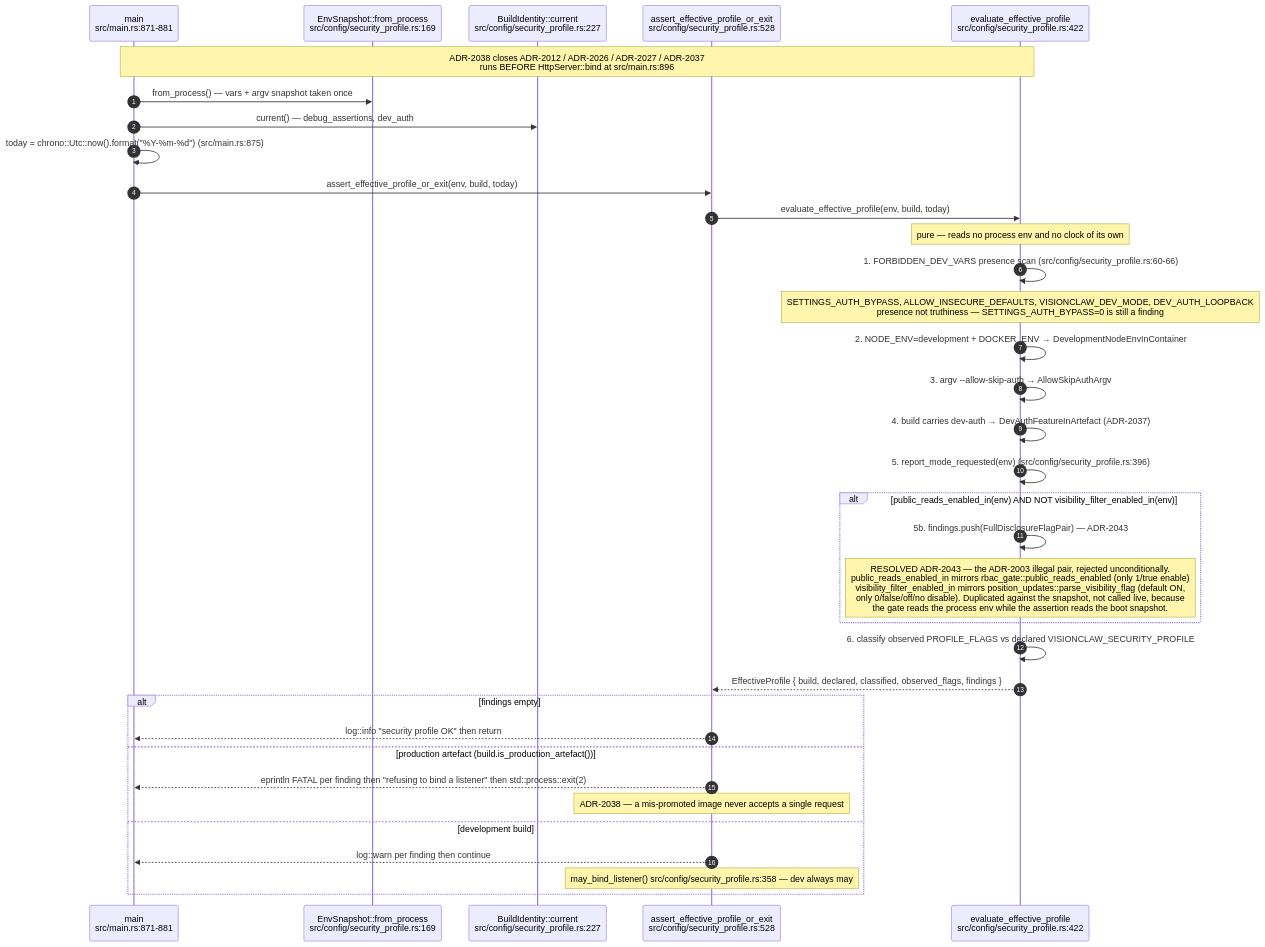
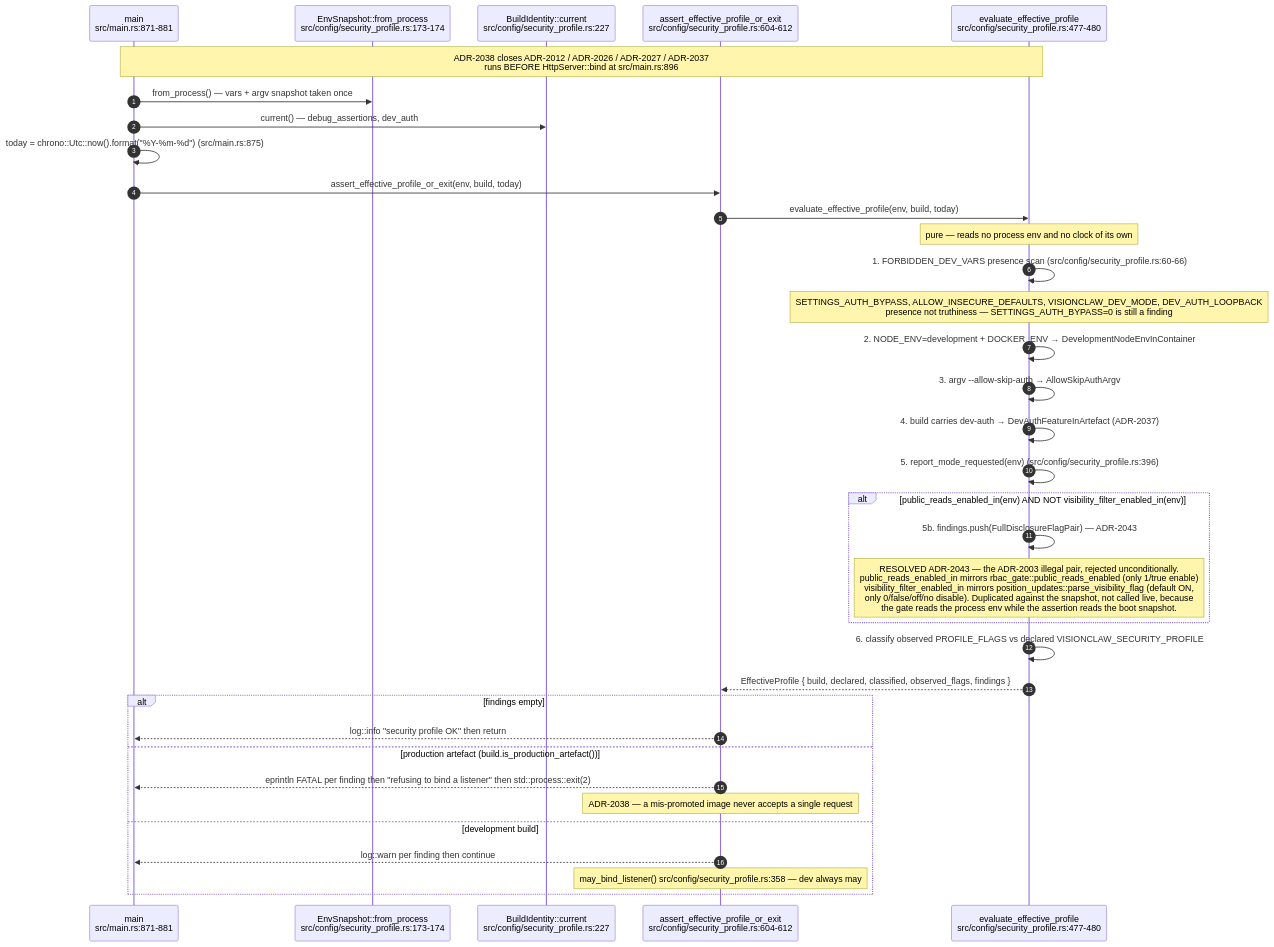
One commit to DreamLab-AI/AR-AI-Knowledge-Graph changed the fourth of 15 diagrams in docs/diagrams/visionclaw/09-config-and-env-flags.md. Above: the diagram before and after it, drawn with Mermaid. The commit also changed other lines of this file and 36 other files, not shown here.

````diff
--- a/docs/diagrams/visionclaw/09-config-and-env-flags.md
+++ b/docs/diagrams/visionclaw/09-config-and-env-flags.md
@@ -182,38 +182,38 @@
 ```mermaid
 sequenceDiagram
     autonumber
     participant M as main<br/>src/main.rs:871-881
-    participant E as EnvSnapshot::from_process<br/>src/config/security_profile.rs:169
+    participant E as EnvSnapshot::from_process<br/>src/config/security_profile.rs:173-174
     participant BI as BuildIdentity::current<br/>src/config/security_profile.rs:227
-    participant A as assert_effective_profile_or_exit<br/>src/config/security_profile.rs:528
-    participant V as evaluate_effective_profile<br/>src/config/security_profile.rs:422
+    participant A as assert_effective_profile_or_exit<br/>src/config/security_profile.rs:604-612
+    participant V as evaluate_effective_profile<br/>src/config/security_profile.rs:477-480
 
     Note over M,V: ADR-2038 closes ADR-2012 / ADR-2026 / ADR-2027 / ADR-2037<br/>runs BEFORE HttpServer::bind at src/main.rs:896
     M->>E: from_process() — vars + argv snapshot taken once
     M->>BI: current() — debug_assertions, dev_auth
     M->>M: today = chrono::Utc::now().format("%Y-%m-%d") (src/main.rs:875)
     M->>A: assert_effective_profile_or_exit(env, build, today)
     A->>V: evaluate_effective_profile(env, build, today)
     Note over V: pure — reads no process env and no clock of its own
     V->>V: 1. FORBIDDEN_DEV_VARS presence scan (src/config/security_profile.rs:60-66)
     Note over V: SETTINGS_AUTH_BYPASS, ALLOW_INSECURE_DEFAULTS, VISIONCLAW_DEV_MODE, DEV_AUTH_LOOPBACK<br/>presence not truthiness — SETTINGS_AUTH_BYPASS=0 is still a finding
     V->>V: 2. NODE_ENV=development + DOCKER_ENV → DevelopmentNodeEnvInContainer
     V->>V: 3. argv --allow-skip-auth → AllowSkipAuthArgv
     V->>V: 4. build carries dev-auth → DevAuthFeatureInArtefact (ADR-2037)
     V->>V: 5. report_mode_requested(env) (src/config/security_profile.rs:396)
     alt public_reads_enabled_in(env) AND NOT visibility_filter_enabled_in(env)
         V->>V: 5b. findings.push(FullDisclosureFlagPair) — ADR-2043
         Note over V: RESOLVED ADR-2043 — the ADR-2003 illegal pair, rejected unconditionally.<br/>public_reads_enabled_in mirrors rbac_gate::public_reads_enabled (only 1/true enable)<br/>visibility_filter_enabled_in mirrors position_updates::parse_visibility_flag (default ON,<br/>only 0/false/off/no disable). Duplicated against the snapshot, not called live, because<br/>the gate reads the process env while the assertion reads the boot snapshot.
     end
     V->>V: 6. classify observed PROFILE_FLAGS vs declared VISIONCLAW_SECURITY_PROFILE
     V-->>A: EffectiveProfile { build, declared, classified, observed_flags, findings }
     alt findings empty
         A-->>M: log::info "security profile OK" then return
     else production artefact (build.is_production_artefact())
         A-->>M: eprintln FATAL per finding then "refusing to bind a listener" then std::process::exit(2)
         Note over A: ADR-2038 — a mis-promoted image never accepts a single request
     else development build
         A-->>M: log::warn per finding then continue
         Note over A: may_bind_listener() src/config/security_profile.rs:358 — dev always may
     end
 ```
````
